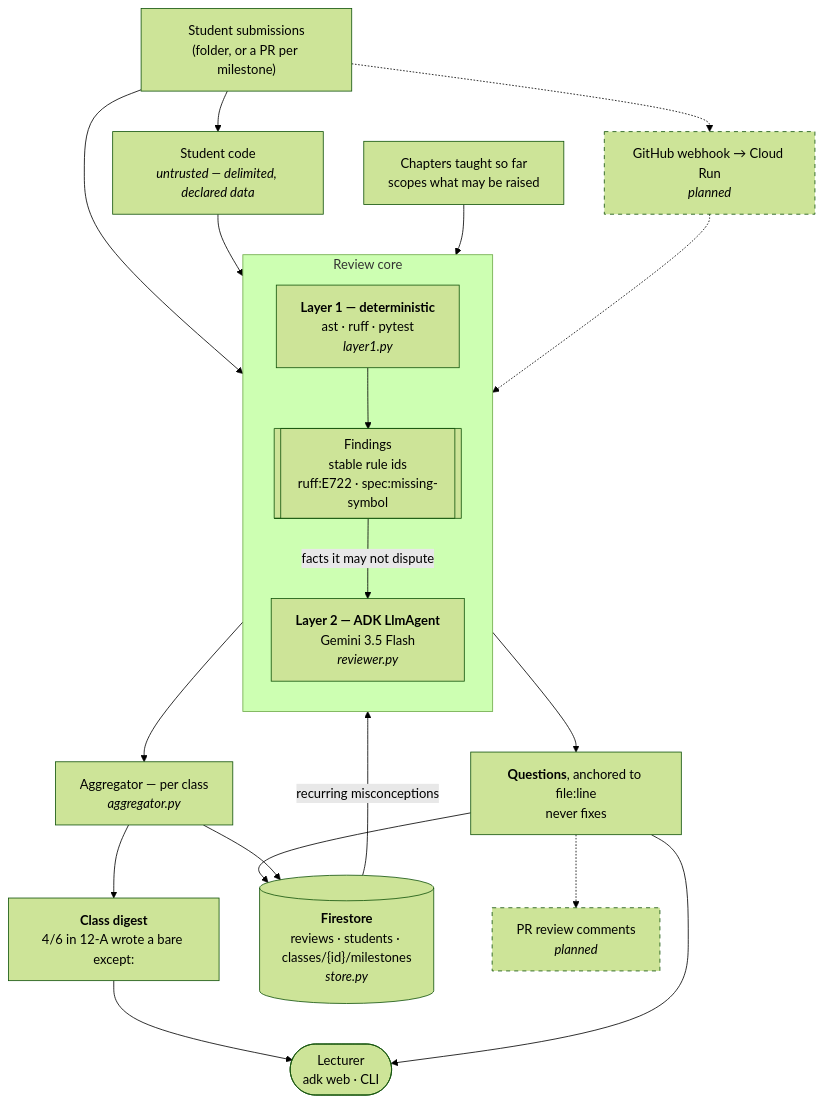
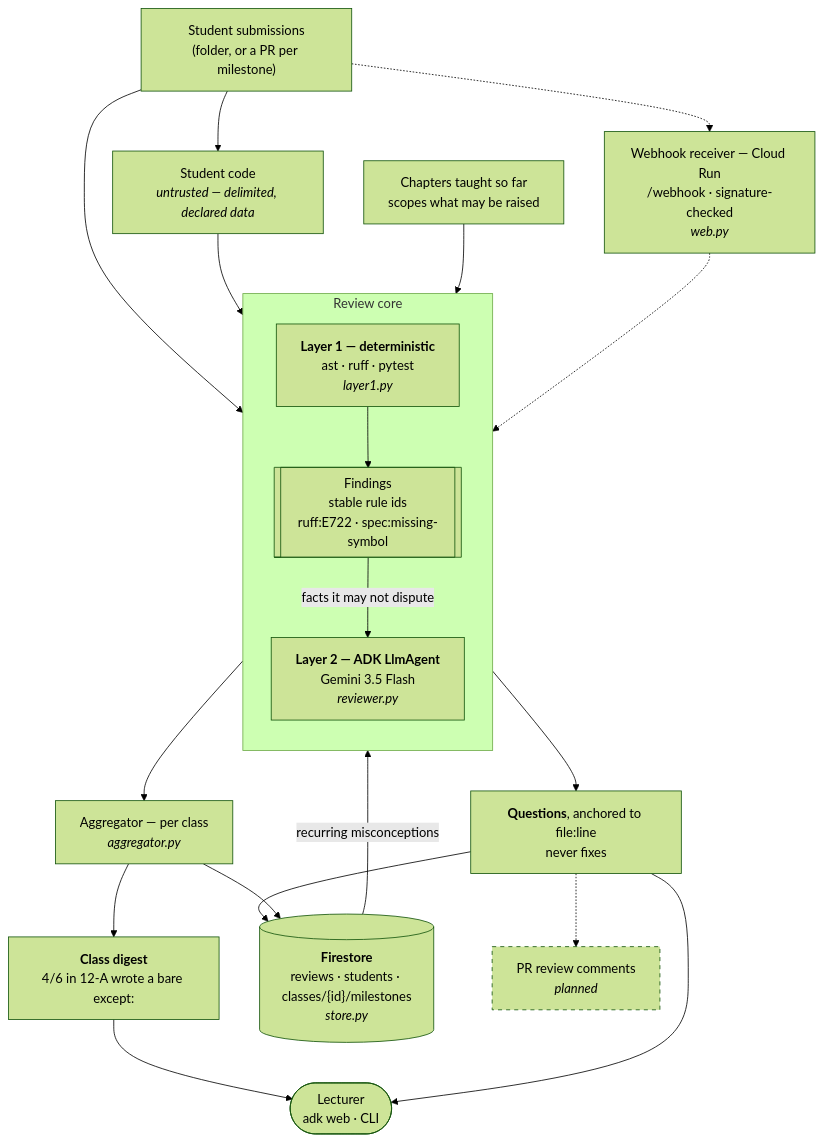
The diagram in README.md (kbatya/co-lectr), drawn with Mermaid (forest theme) before and after one commit. The commit also changed other lines of this file and 7 other files, not shown here.

First line of the commit message:
Cloud Run webhook receiver — health check and signature-checked /webhook

````diff
--- a/README.md
+++ b/README.md
@@ -47,38 +47,38 @@
 ```mermaid
 flowchart TD
     SUB["Student submissions<br/>(folder, or a PR per milestone)"]
 
     subgraph CORE["Review core"]
         direction TB
         L1["<b>Layer 1 — deterministic</b><br/>ast · ruff · pytest<br/><i>layer1.py</i>"]
         FACTS[["Findings<br/>stable rule ids<br/>ruff:E722 · spec:missing-symbol"]]
         L2["<b>Layer 2 — ADK LlmAgent</b><br/>Gemini 3.5 Flash<br/><i>reviewer.py</i>"]
         L1 --> FACTS
         FACTS -- "facts it may not dispute" --> L2
     end
 
     CTX["Chapters taught so far<br/>scopes what may be raised"]
     CODE["Student code<br/><i>untrusted — delimited, declared data</i>"]
 
     SUB --> L1
     SUB --> CODE
     CODE --> L2
     CTX --> L2
 
     L2 --> Q["<b>Questions</b>, anchored to file:line<br/>never fixes"]
     FACTS --> AGG["Aggregator — per class<br/><i>aggregator.py</i>"]
     AGG --> DIG["<b>Class digest</b><br/>4/6 in 12-A wrote a bare except:"]
 
     Q --> FS[("<b>Firestore</b><br/>reviews · students · classes/{id}/milestones<br/><i>store.py</i>")]
     AGG --> FS
     FS -- "recurring misconceptions" --> L2
 
     DIG --> LEC(["Lecturer<br/>adk web · CLI"])
     Q --> LEC
     Q -.-> PRC["PR review comments<br/><i>planned</i>"]
-    SUB -.-> WH["GitHub webhook → Cloud Run<br/><i>planned</i>"]
+    SUB -.-> WH["Webhook receiver — Cloud Run<br/>/webhook · signature-checked<br/><i>web.py</i>"]
     WH -.-> L1
 
     classDef planned stroke-dasharray: 5 5
-    class PRC,WH planned
+    class PRC planned
 ```
````
